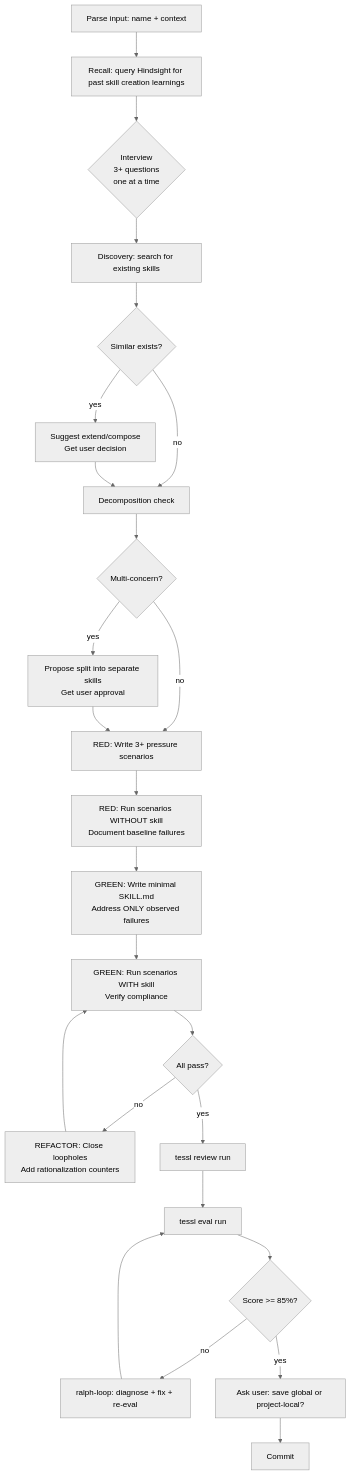
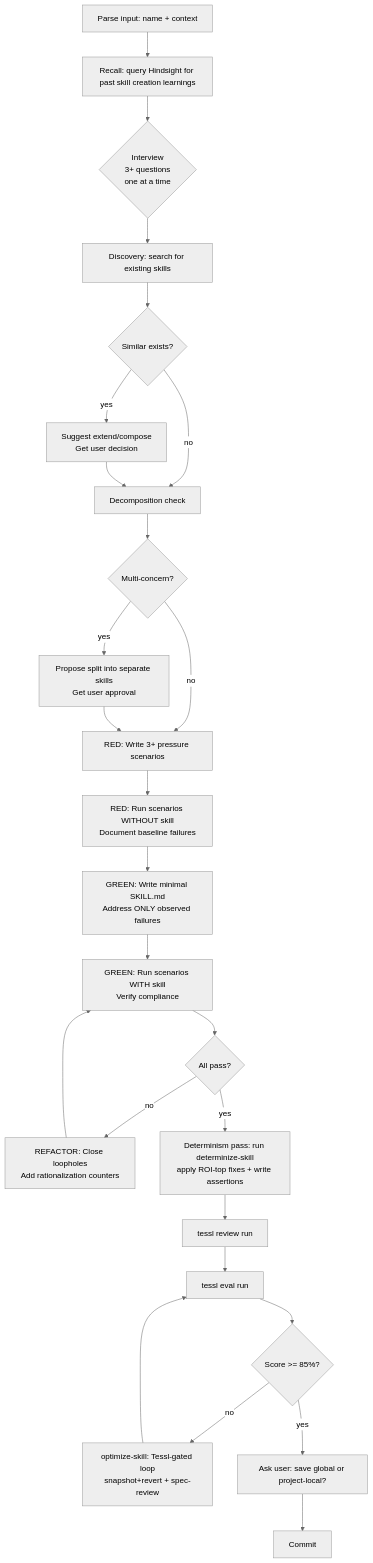
Before and after one commit to AndreJorgeLopes/proof-of-skill: the diagram in skills/create-skill/SKILL.md, drawn with Mermaid (neutral theme). The commit also changed other lines of this file, not shown here.

First line of the commit message:
feat(create-skill): wire in determinize-skill + optimize-skill as gated steps

````diff
--- a/skills/create-skill/SKILL.md
+++ b/skills/create-skill/SKILL.md
@@ -36,27 +36,28 @@
 ```mermaid
 flowchart TD
     A[Parse input: name + context] --> R[Recall: query Hindsight for past skill creation learnings]
     R --> B{Interview\n3+ questions\none at a time}
     B --> C[Discovery: search for existing skills]
     C --> D{Similar exists?}
     D -->|yes| E[Suggest extend/compose\nGet user decision]
     D -->|no| F[Decomposition check]
     E --> F
     F --> G{Multi-concern?}
     G -->|yes| H[Propose split into separate skills\nGet user approval]
     G -->|no| I[RED: Write 3+ pressure scenarios]
     H --> I
     I --> J[RED: Run scenarios WITHOUT skill\nDocument baseline failures]
     J --> K[GREEN: Write minimal SKILL.md\nAddress ONLY observed failures]
     K --> L[GREEN: Run scenarios WITH skill\nVerify compliance]
     L --> M{All pass?}
     M -->|no| N[REFACTOR: Close loopholes\nAdd rationalization counters]
     N --> L
-    M -->|yes| O[tessl review run]
+    M -->|yes| DET[Determinism pass: run determinize-skill\napply ROI-top fixes + write assertions]
+    DET --> O[tessl review run]
     O --> P[tessl eval run]
     P --> Q{Score >= 85%?}
-    Q -->|no| S[ralph-loop: diagnose + fix + re-eval]
+    Q -->|no| S[optimize-skill: Tessl-gated loop\nsnapshot+revert + spec-review]
     S --> P
     Q -->|yes| T[Ask user: save global or project-local?]
     T --> U[Commit]
 ```
````
